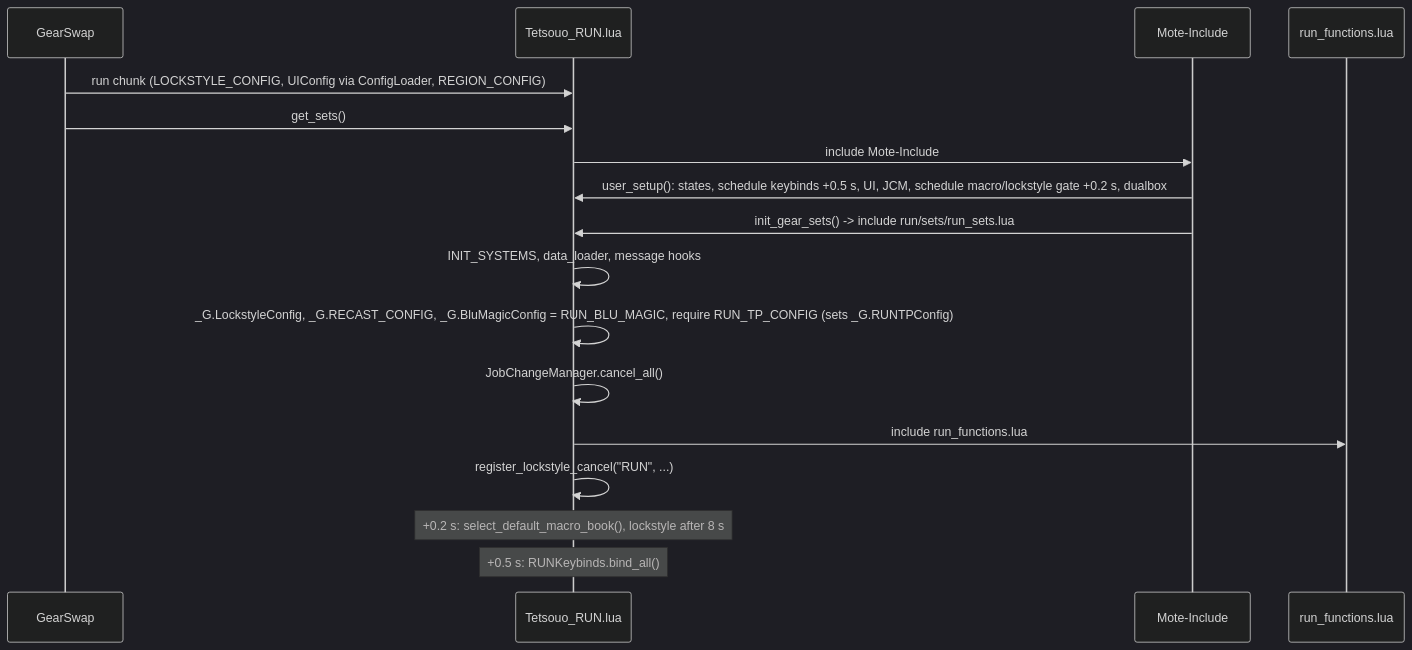
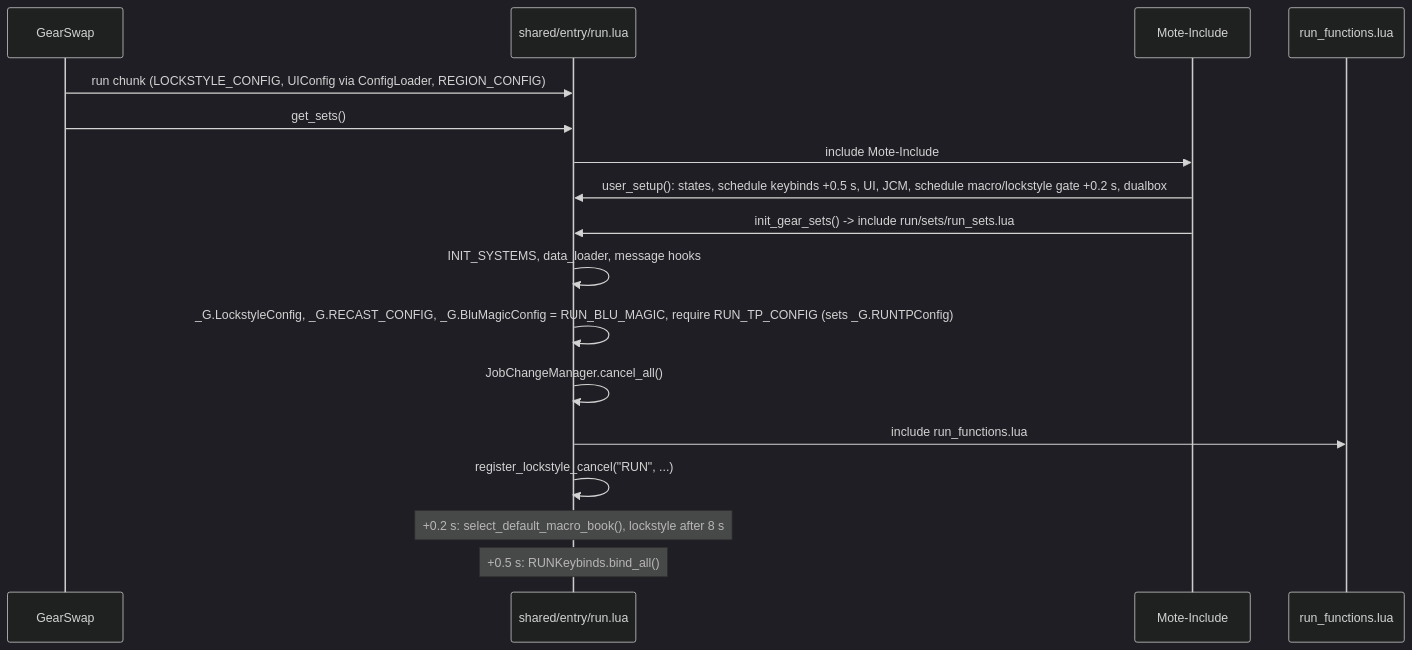
The first of 3 diagrams in docs/dev/jobs/run.md (ejouanchicot/Gearswap), drawn with Mermaid (dark theme) before and after one commit. The commit also changed other lines of this file and 94 other files, not shown here.

First line of the commit message:
docs: 22 jobs, 2 s / 3 s reload, the 2026-09-30 folder layout, shared/entry entry points

````diff
--- a/docs/dev/jobs/run.md
+++ b/docs/dev/jobs/run.md
@@ -76,19 +76,19 @@
 ```mermaid
 sequenceDiagram
     participant GS as GearSwap
-    participant E as Tetsouo_RUN.lua
+    participant E as shared/entry/run.lua
     participant M as Mote-Include
     participant F as run_functions.lua
     GS->>E: run chunk (LOCKSTYLE_CONFIG, UIConfig via ConfigLoader, REGION_CONFIG)
     GS->>E: get_sets()
     E->>M: include Mote-Include
     M->>E: user_setup(): states, schedule keybinds +0.5 s, UI, JCM, schedule macro/lockstyle gate +0.2 s, dualbox
     M->>E: init_gear_sets() -> include run/sets/run_sets.lua
     E->>E: INIT_SYSTEMS, data_loader, message hooks
     E->>E: _G.LockstyleConfig, _G.RECAST_CONFIG, _G.BluMagicConfig = RUN_BLU_MAGIC, require RUN_TP_CONFIG (sets _G.RUNTPConfig)
     E->>E: JobChangeManager.cancel_all()
     E->>F: include run_functions.lua
     E->>E: register_lockstyle_cancel("RUN", ...)
     Note over E: +0.2 s: select_default_macro_book(), lockstyle after 8 s
     Note over E: +0.5 s: RUNKeybinds.bind_all()
 ```
````
